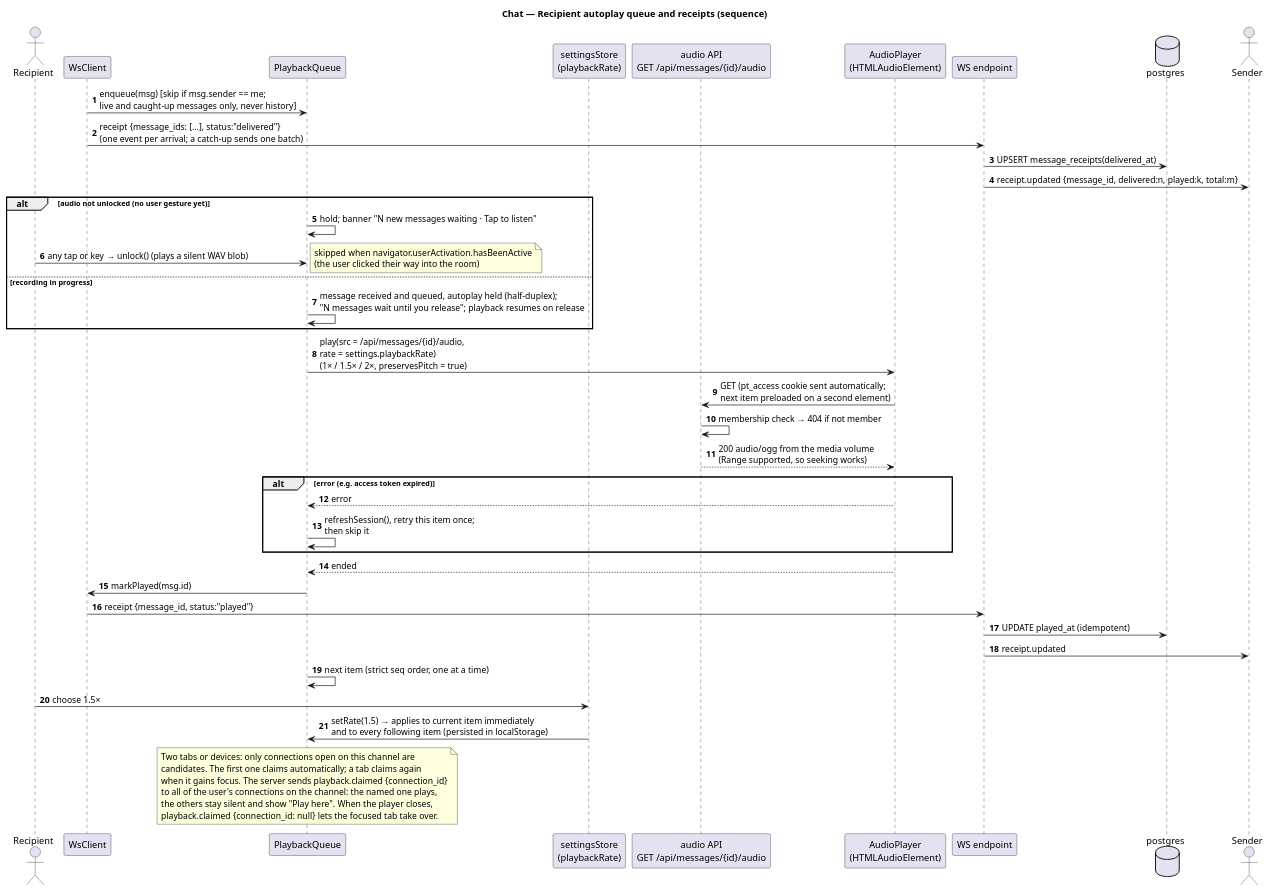
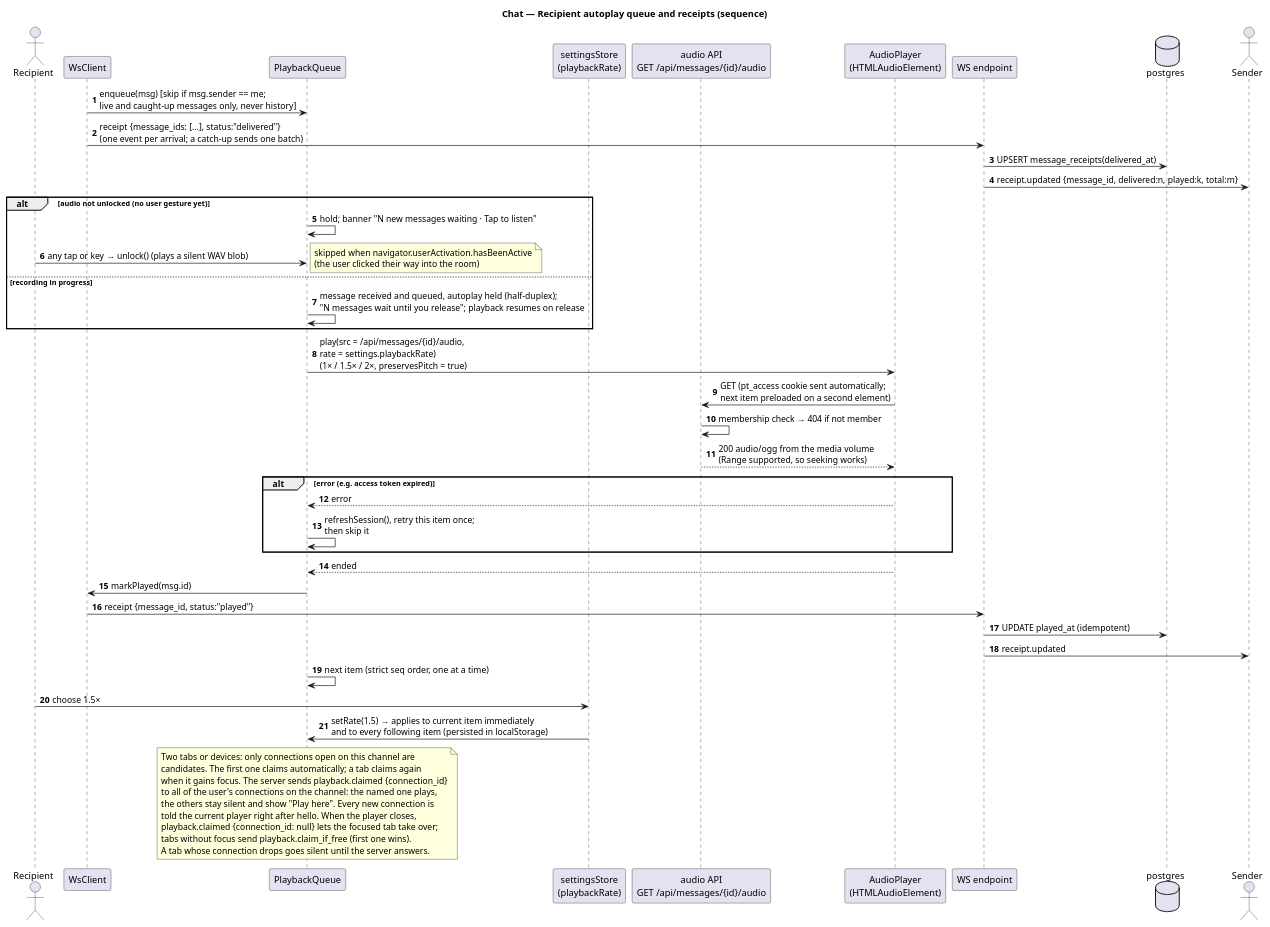
Before and after one commit to Salma-Mahmoudd/pushtalk: the third of 7 diagrams in specs/chat/uml-diagrams.puml, drawn with PlantUML. The commit also changed 1 other file, not shown here.

Commit message:
docs(specs): show the playback ownership rules in the receipts sequence

```diff
--- a/specs/chat/uml-diagrams.puml
+++ b/specs/chat/uml-diagrams.puml
@@ -145,57 +145,60 @@
 @startuml uml-diagrams-playback-receipts
 title Chat — Recipient autoplay queue and receipts (sequence)
 
 skinparam shadowing false
 skinparam defaultFontName Helvetica
 autonumber
 
 actor Recipient
 participant "WsClient" as ws
 participant "PlaybackQueue" as pq
 participant "settingsStore\n(playbackRate)" as settings
 participant "audio API\nGET /api/messages/{id}/audio" as api
 participant "AudioPlayer\n(HTMLAudioElement)" as player
 participant "WS endpoint" as ep
 database postgres as db
 actor Sender
 
 ws -> pq : enqueue(msg) [skip if msg.sender == me;\nlive and caught-up messages only, never history]
 ws -> ep : receipt {message_ids: [...], status:"delivered"}\n(one event per arrival; a catch-up sends one batch)
 ep -> db : UPSERT message_receipts(delivered_at)
 ep -> Sender : receipt.updated {message_id, delivered:n, played:k, total:m}
 
 alt audio not unlocked (no user gesture yet)
   pq -> pq : hold; banner "N new messages waiting · Tap to listen"
   Recipient -> pq : any tap or key → unlock() (plays a silent WAV blob)
   note right : skipped when navigator.userActivation.hasBeenActive\n(the user clicked their way into the room)
 else recording in progress
   pq -> pq : message received and queued, autoplay held (half-duplex);\n"N messages wait until you release"; playback resumes on release
 end
 
 pq -> player : play(src = /api/messages/{id}/audio,\nrate = settings.playbackRate)\n(1× / 1.5× / 2×, preservesPitch = true)
 player -> api : GET (pt_access cookie sent automatically;\nnext item preloaded on a second element)
 api -> api : membership check → 404 if not member
 api --> player : 200 audio/ogg from the media volume\n(Range supported, so seeking works)
 alt error (e.g. access token expired)
   player --> pq : error
   pq -> pq : refreshSession(), retry this item once;\nthen skip it
 end
 player --> pq : ended
 pq -> ws : markPlayed(msg.id)
 ws -> ep : receipt {message_id, status:"played"}
 ep -> db : UPDATE played_at (idempotent)
 ep -> Sender : receipt.updated
 pq -> pq : next item (strict seq order, one at a time)
 
 Recipient -> settings : choose 1.5×
 settings -> pq : setRate(1.5) → applies to current item immediately\nand to every following item (persisted in localStorage)
 
 note over pq
   Two tabs or devices: only connections open on this channel are
   candidates. The first one claims automatically; a tab claims again
   when it gains focus. The server sends playback.claimed {connection_id}
   to all of the user's connections on the channel: the named one plays,
-  the others stay silent and show "Play here". When the player closes,
-  playback.claimed {connection_id: null} lets the focused tab take over.
+  the others stay silent and show "Play here". Every new connection is
+  told the current player right after hello. When the player closes,
+  playback.claimed {connection_id: null} lets the focused tab take over;
+  tabs without focus send playback.claim_if_free (first one wins).
+  A tab whose connection drops goes silent until the server answers.
 end note
 @enduml
```
